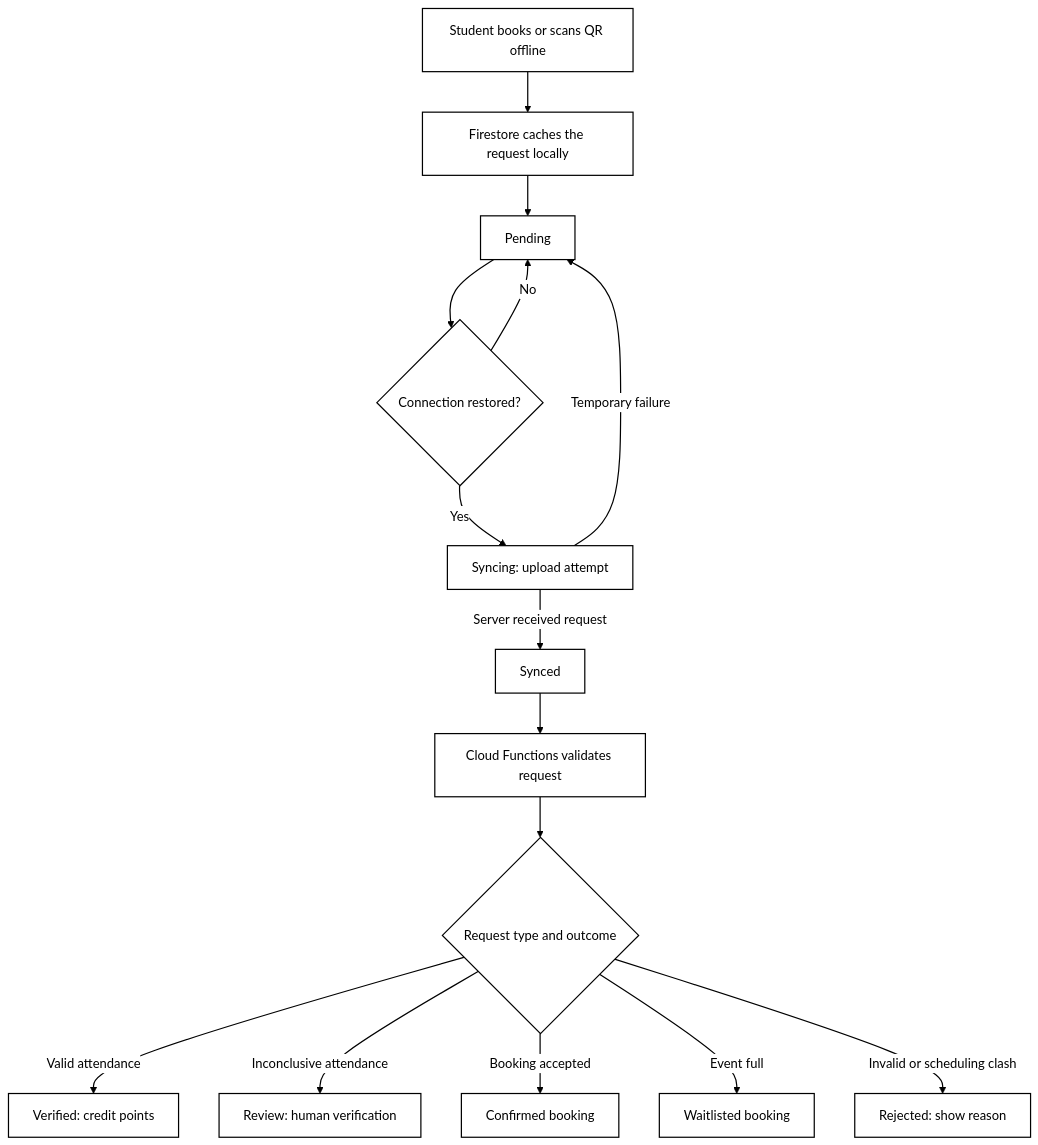
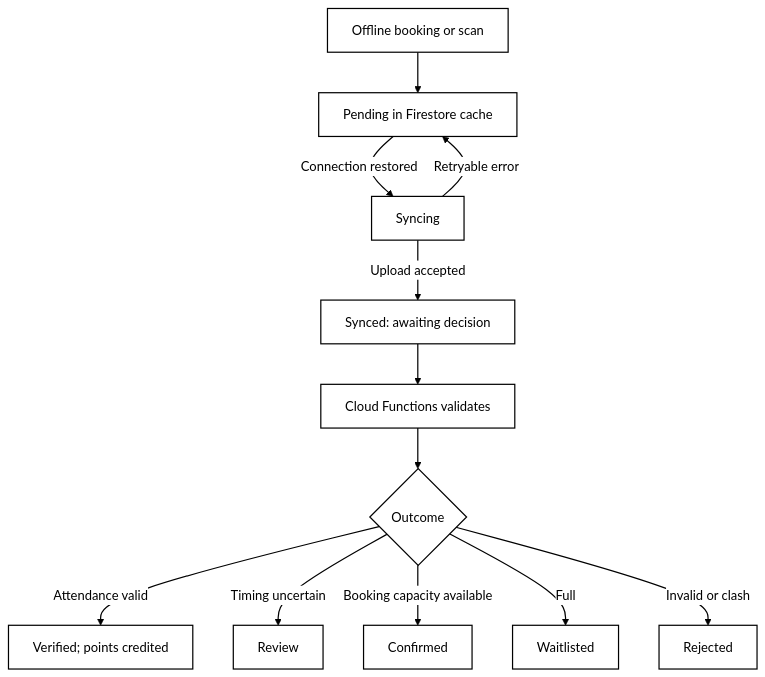
One commit to chuyaoooo/MDP changed the diagram in docs/part1/07-offline-sync.md. Above: the diagram before and after it, drawn with Mermaid. The commit also changed other lines of this file, not shown here.

````diff
--- a/docs/part1/07-offline-sync.md
+++ b/docs/part1/07-offline-sync.md
@@ -29,20 +9,17 @@
 ```mermaid
-%%{init: {"theme":"base","themeVariables":{"background":"#ffffff","primaryColor":"#ffffff","primaryTextColor":"#000000","primaryBorderColor":"#000000","secondaryColor":"#ffffff","tertiaryColor":"#ffffff","lineColor":"#000000","textColor":"#000000","edgeLabelBackground":"#ffffff","mainBkg":"#ffffff","nodeBorder":"#000000","clusterBkg":"#ffffff","clusterBorder":"#000000","labelTextColor":"#000000","labelBoxBkgColor":"#ffffff","labelBoxBorderColor":"#000000"}}}%%
+%%{init: {"theme":"base","themeVariables":{"background":"#ffffff","primaryColor":"#ffffff","primaryTextColor":"#000000","primaryBorderColor":"#000000","secondaryColor":"#ffffff","tertiaryColor":"#ffffff","lineColor":"#000000","textColor":"#000000","edgeLabelBackground":"#ffffff"}}}%%
 flowchart TD
-    A["Student books or scans QR offline"] --> B["Firestore caches the request locally"]
-    B --> P["Pending"]
-    P --> NET{"Connection restored?"}
-    NET -->|No| P
-    NET -->|Yes| S["Syncing: upload attempt"]
-    S -->|Temporary failure| P
-    S -->|Server received request| ACK["Synced"]
-    ACK --> F["Cloud Functions validates request"]
-    F --> R{"Request type and outcome"}
-    R -->|Valid attendance| V["Verified: credit points"]
-    R -->|Inconclusive attendance| REVIEW["Review: human verification"]
-    R -->|Booking accepted| CONF["Confirmed booking"]
-    R -->|Event full| WAIT["Waitlisted booking"]
-    R -->|Invalid or scheduling clash| BAD["Rejected: show reason"]
+    A["Offline booking or scan"] --> P["Pending in Firestore cache"]
+    P -->|Connection restored| S["Syncing"]
+    S -->|Retryable error| P
+    S -->|Upload accepted| U["Synced: awaiting decision"]
+    U --> F["Cloud Functions validates"]
+    F --> R{"Outcome"}
+    R -->|Attendance valid| V["Verified; points credited"]
+    R -->|Timing uncertain| REV["Review"]
+    R -->|Booking capacity available| C["Confirmed"]
+    R -->|Full| W["Waitlisted"]
+    R -->|Invalid or clash| X["Rejected"]
     classDef default fill:#ffffff,stroke:#000000,color:#000000,stroke-width:1.5px;
-    linkStyle default stroke:#000000,color:#000000,stroke-width:1.5px;
+    linkStyle default stroke:#000000,stroke-width:1.5px;
 ```
````
